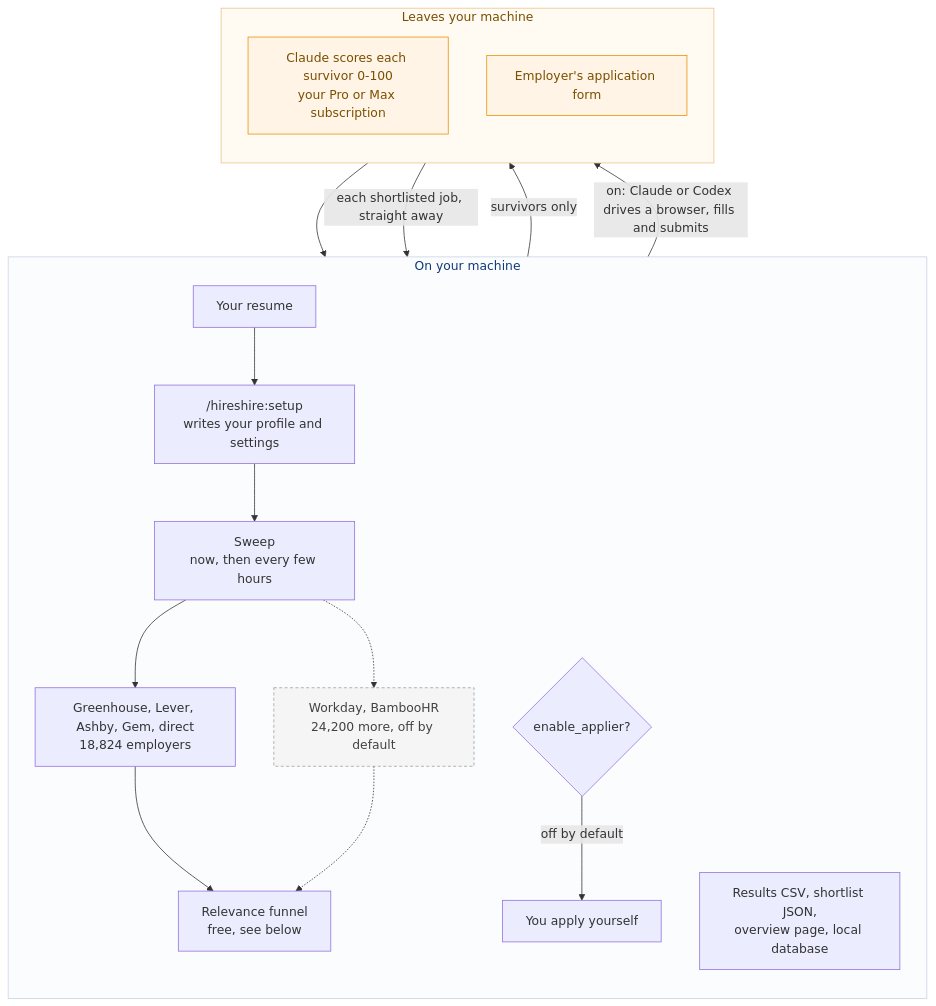
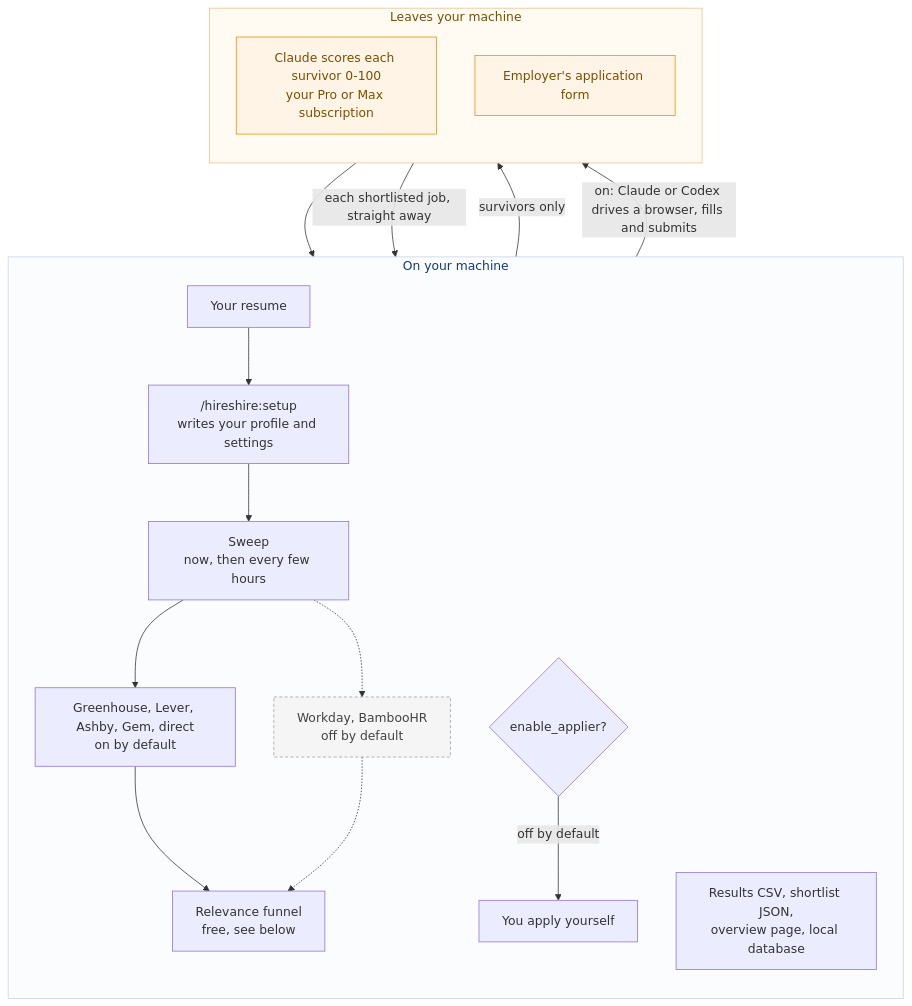
Before and after one commit to slowloris-98/HireShire-plugin: the first of 2 diagrams in docs/TECH_ARCH.md, drawn with Mermaid. The commit also changed 16 other files, not shown here.

````diff
--- a/docs/TECH_ARCH.md
+++ b/docs/TECH_ARCH.md
@@ -17,38 +17,38 @@
 ```mermaid
 flowchart TD
     subgraph local["On your machine"]
         direction TB
         R["Your resume"]
         SET["/hireshire:setup<br/>writes your profile and settings"]
         SWEEP["Sweep<br/>now, then every few hours"]
-        B1["Greenhouse, Lever, Ashby, Gem, direct<br/>18,824 employers"]
-        B2["Workday, BambooHR<br/>24,200 more, off by default"]
+        B1["Greenhouse, Lever, Ashby, Gem, direct<br/>on by default"]
+        B2["Workday, BambooHR<br/>off by default"]
         FUN["Relevance funnel<br/>free, see below"]
         OUT["Results CSV, shortlist JSON,<br/>overview page, local database"]
         APP{"enable_applier?"}
         YOU["You apply yourself"]
 
         R --> SET --> SWEEP
         SWEEP --> B1 --> FUN
         SWEEP -.-> B2 -.-> FUN
         APP -->|"off by default"| YOU
     end
 
     subgraph away["Leaves your machine"]
         direction TB
         CLAUDE["Claude scores each survivor 0-100<br/>your Pro or Max subscription"]
         EMP["Employer's application form"]
     end
 
     FUN -->|"survivors only"| CLAUDE
     CLAUDE --> OUT
     CLAUDE -->|"each shortlisted job, straight away"| APP
     APP -->|"on: Claude or Codex drives a browser, fills and submits"| EMP
 
     classDef off fill:#f5f5f5,stroke:#9e9e9e,color:#424242,stroke-dasharray:4 3
     classDef away fill:#fff4e5,stroke:#e69100,color:#7a4f00
     class B2 off
     class CLAUDE,EMP away
     style local fill:#fbfcfe,stroke:#c8d3e3,color:#123a7a
     style away fill:#fffaf2,stroke:#e8c48a,color:#7a4f00
 ```
````
